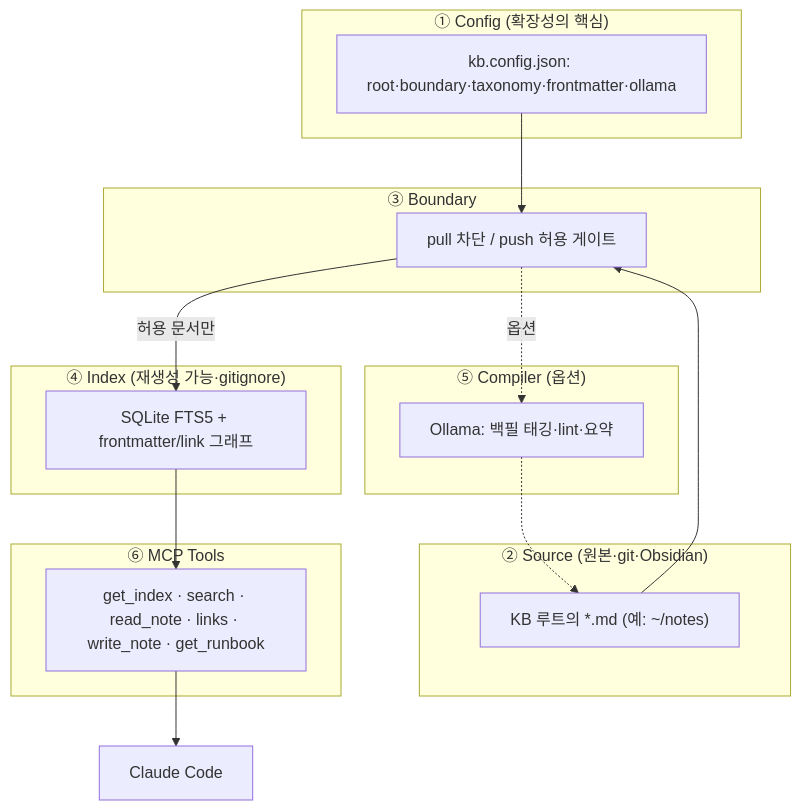
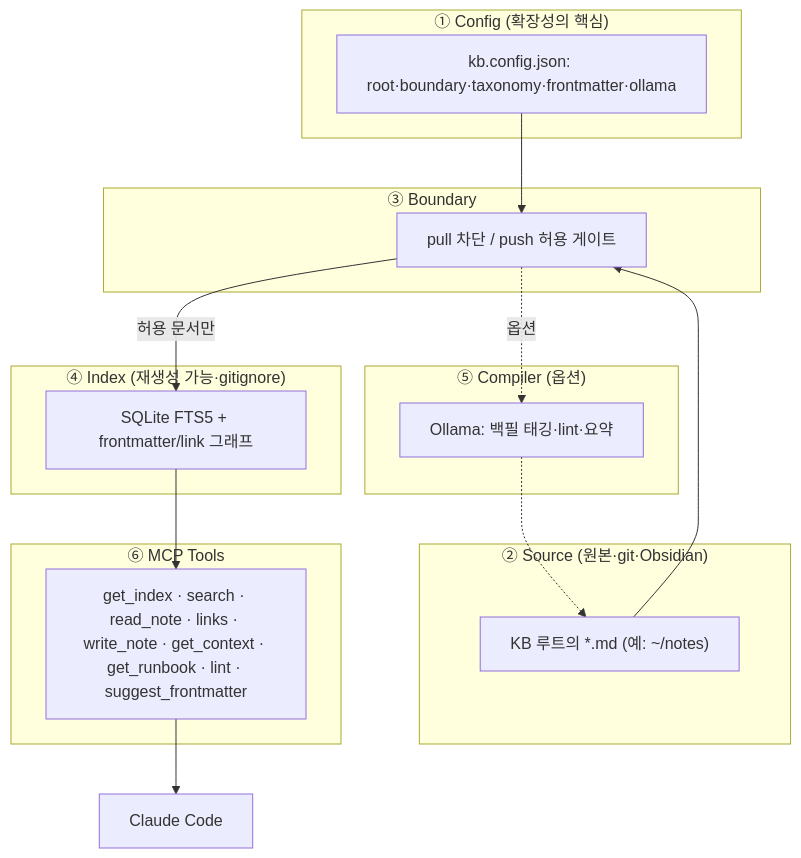
One commit to alanhakhyeonsong/grimoire changed the first of 6 diagrams in docs/design.md. Above: the diagram before and after it, drawn with Mermaid. The commit also changed other lines of this file and 9 other files, not shown here.

````diff
--- a/docs/design.md
+++ b/docs/design.md
@@ -81,28 +81,28 @@
 ```mermaid
 flowchart TD
     subgraph Cfg["① Config (확장성의 핵심)"]
       C["kb.config.json: root·boundary·taxonomy·frontmatter·ollama"]
     end
     subgraph Src["② Source (원본·git·Obsidian)"]
       MD["KB 루트의 *.md (예: ~/notes)"]
     end
     subgraph Bnd["③ Boundary"]
       P["pull 차단 / push 허용 게이트"]
     end
     subgraph Idx["④ Index (재생성 가능·gitignore)"]
       FTS["SQLite FTS5 + frontmatter/link 그래프"]
     end
     subgraph Cmp["⑤ Compiler (옵션)"]
       OL["Ollama: 백필 태깅·lint·요약"]
     end
     subgraph Tool["⑥ MCP Tools"]
-      T["get_index · search · read_note · links · write_note · get_runbook"]
+      T["get_index · search · read_note · links · write_note · get_context · get_runbook · lint · suggest_frontmatter"]
     end
 
     C --> P
     MD --> P
     P -->|"허용 문서만"| FTS
     FTS --> T
     P -.->|"옵션"| OL -.-> MD
     T --> Claude["Claude Code"]
 ```
````
